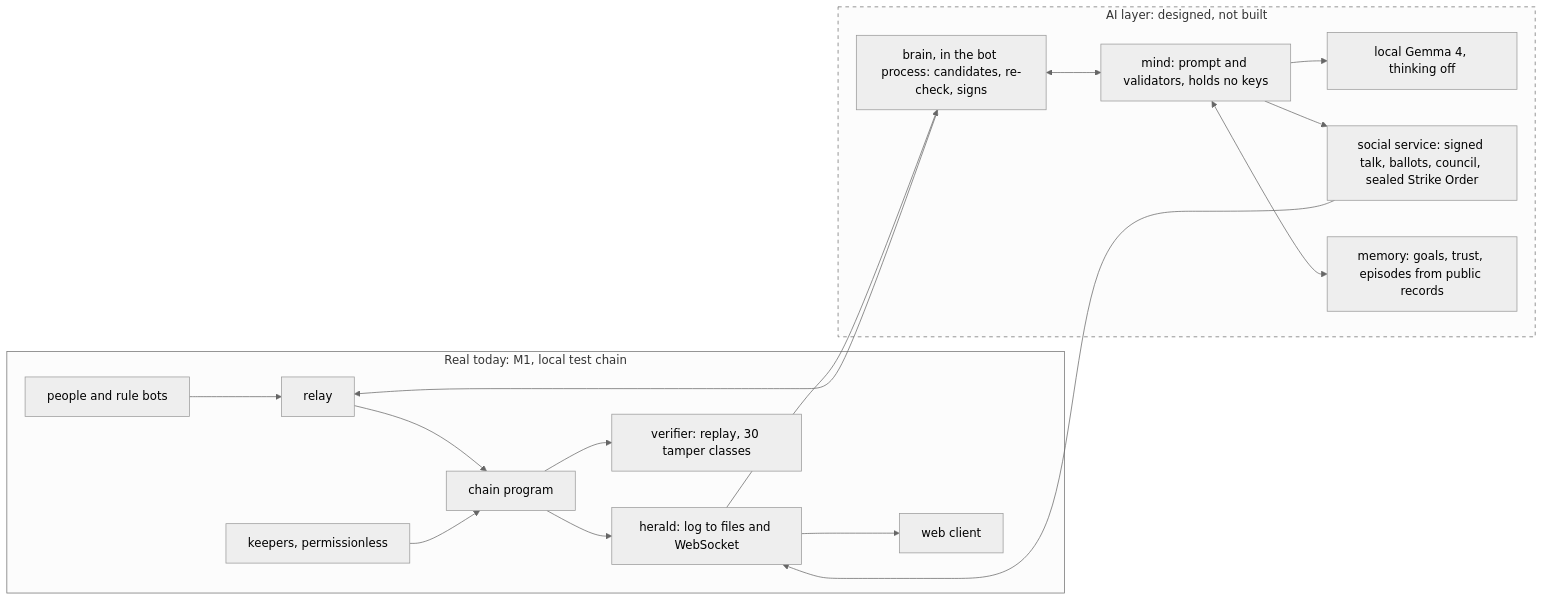
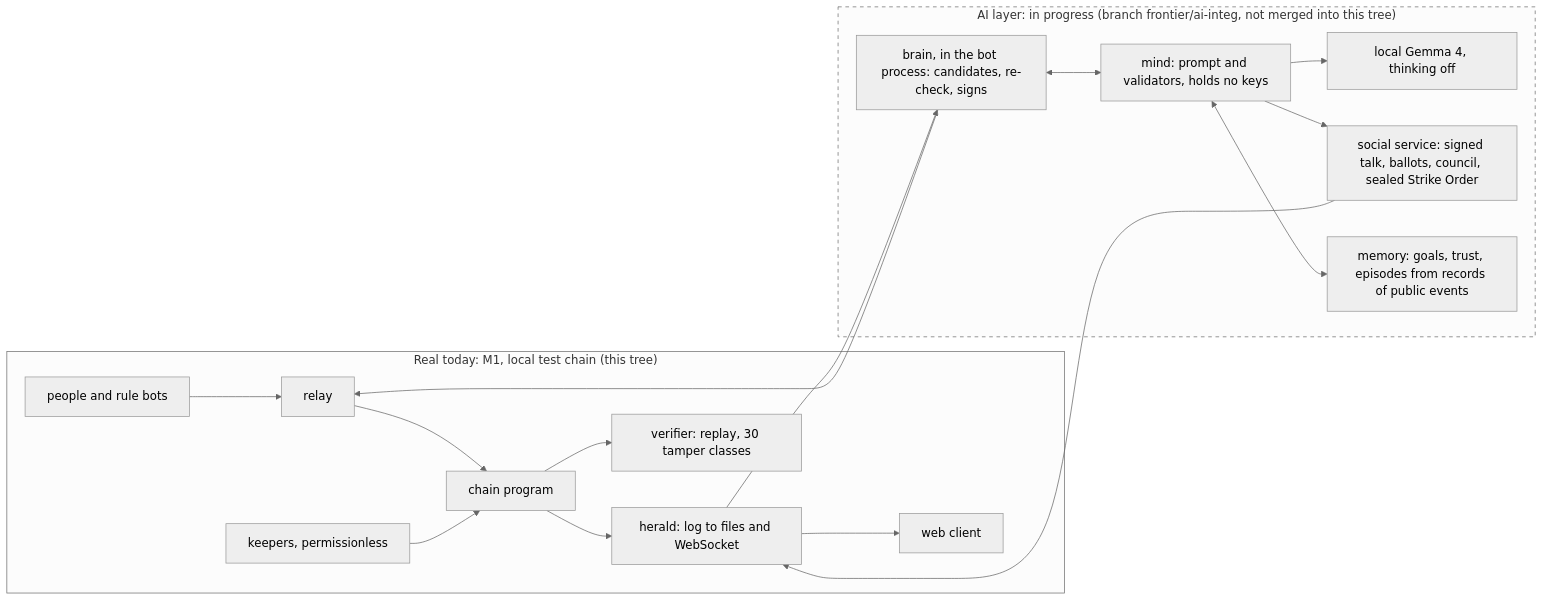
Before and after one commit to r0ze998/wylls: the second of 3 diagrams in docs/DESIGN-OVERVIEW.md, drawn with Mermaid (neutral theme). The commit also changed other lines of this file and 2 other files, not shown here.

Commit message:
Frontier unify: design overview (EN/JA) review fixes: tag words, scale figure, 'limits' heading, D5 per-part tags, citation style

````diff
--- a/docs/DESIGN-OVERVIEW.md
+++ b/docs/DESIGN-OVERVIEW.md
@@ -170,26 +200,26 @@
 ```mermaid
 flowchart LR
-  subgraph Real["Real today: M1, local test chain"]
+  subgraph Real["Real today: M1, local test chain (this tree)"]
     P["people and rule bots"] --> R["relay"]
     R --> C["chain program"]
     K["keepers, permissionless"] --> C
     C --> H["herald: log to files and WebSocket"]
     H --> W["web client"]
     C --> V["verifier: replay, 30 tamper classes"]
   end
-  subgraph AI["AI layer: designed, not built"]
+  subgraph AI["AI layer: in progress (branch frontier/ai-integ, not merged into this tree)"]
     B["brain, in the bot process: candidates, re-check, signs"]
     M["mind: prompt and validators, holds no keys"]
     G["local Gemma 4, thinking off"]
     SS["social service: signed talk, ballots, council, sealed Strike Order"]
-    MEM["memory: goals, trust, episodes from public records"]
+    MEM["memory: goals, trust, episodes from records of public events"]
     B <--> M
     M --> G
     M --> SS
     M <--> MEM
   end
   B --> R
   H --> B
   SS --> H
   style AI stroke-dasharray: 5 5
 ```
````
